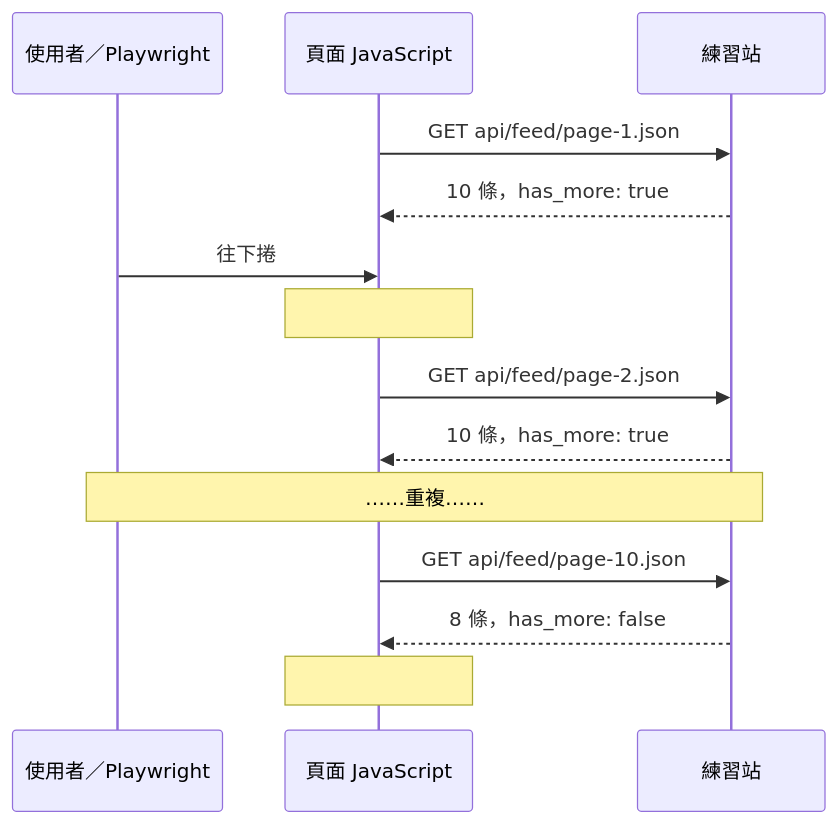
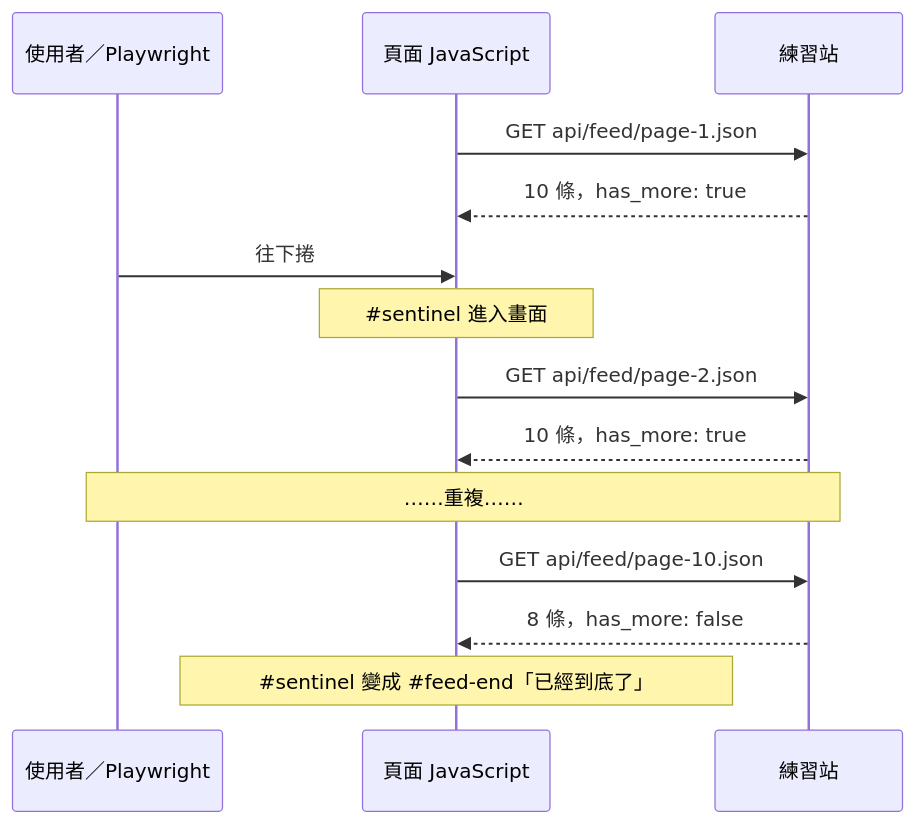
Before and after one commit to 4-learn/python-web-crawler-demo: the first of 4 diagrams in docs/10.md, drawn with Mermaid.

Commit message:
[pm] fix: 10 時序圖註解的 # 改成 #35;（原本被 mermaid 當註解吃掉，顯示成空白方塊）

````diff
--- a/docs/10.md
+++ b/docs/10.md
@@ -48,16 +48,16 @@
 ```mermaid
 sequenceDiagram
     participant U as 使用者／Playwright
     participant P as 頁面 JavaScript
     participant S as 練習站
     P->>S: GET api/feed/page-1.json
     S-->>P: 10 條，has_more: true
     U->>P: 往下捲
-    Note over P: #sentinel 進入畫面
+    Note over P: #35;sentinel 進入畫面
     P->>S: GET api/feed/page-2.json
     S-->>P: 10 條，has_more: true
     Note over U,S: ……重複……
     P->>S: GET api/feed/page-10.json
     S-->>P: 8 條，has_more: false
-    Note over P: #sentinel 變成 #feed-end「已經到底了」
+    Note over P: #35;sentinel 變成 #35;feed-end「已經到底了」
 ```
````
